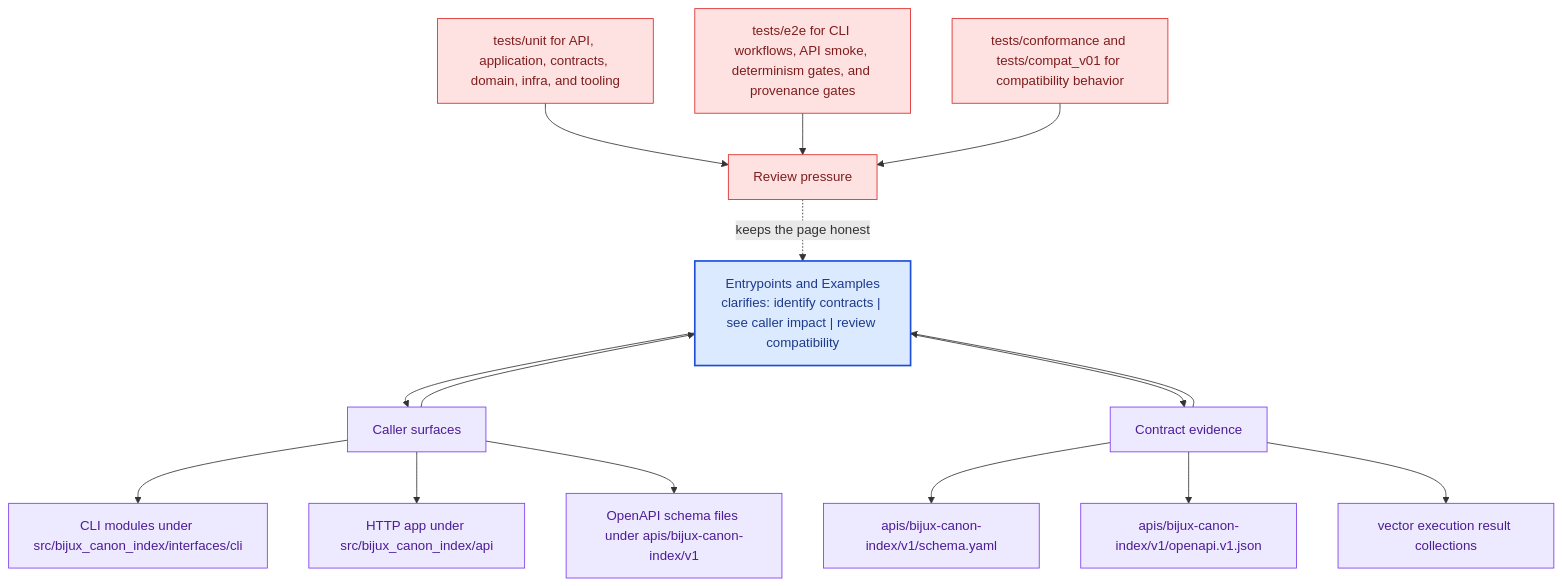
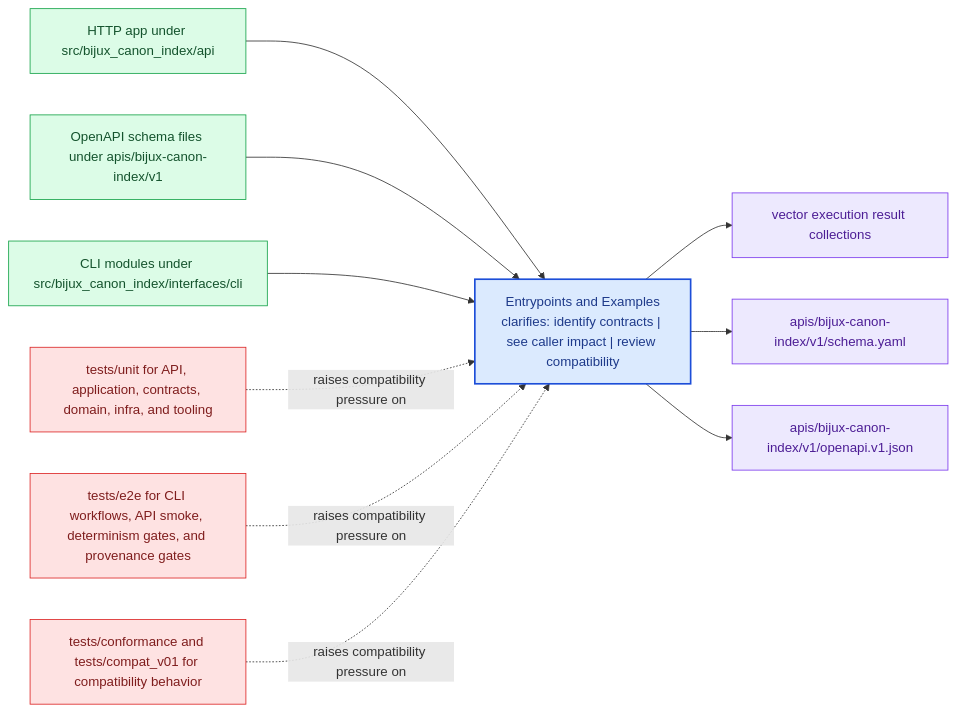
Before and after one commit to bijux/bijux-canon: the diagram in docs/bijux-canon-index/interfaces/entrypoints-and-examples.md, drawn with Mermaid. The commit also changed other lines of this file and 281 other files, not shown here.

Commit message:
docs(diagrams): replace repeated mermaid scaffolds with page-specific summaries

````diff
--- a/docs/bijux-canon-index/interfaces/entrypoints-and-examples.md
+++ b/docs/bijux-canon-index/interfaces/entrypoints-and-examples.md
@@ -67,41 +22,31 @@
 ```mermaid
-flowchart TB
-    promise["Entrypoints and Examples<br/>clarifies: identify contracts | see caller impact | review compatibility"]
-    classDef promise fill:#dbeafe,stroke:#1d4ed8,color:#1e3a8a,stroke-width:2px;
-    classDef driver fill:#dcfce7,stroke:#16a34a,color:#14532d;
-    classDef constraint fill:#fee2e2,stroke:#dc2626,color:#7f1d1d;
-    classDef ground fill:#ede9fe,stroke:#7c3aed,color:#4c1d95;
-    focus1["Caller surfaces"]
-    focus1 --> promise
-    promise --> focus1
-    focus1_1["CLI modules under src/bijux_canon_index/interfaces/cli"]
-    focus1 --> focus1_1
-    focus1_2["HTTP app under src/bijux_canon_index/api"]
-    focus1 --> focus1_2
-    focus1_3["OpenAPI schema files under apis/bijux-canon-index/v1"]
-    focus1 --> focus1_3
-    class focus1 ground;
-    class focus1_1,focus1_2,focus1_3 ground;
-    focus2["Contract evidence"]
-    focus2 --> promise
-    promise --> focus2
-    focus2_1["apis/bijux-canon-index/v1/schema.yaml"]
-    focus2 --> focus2_1
-    focus2_2["apis/bijux-canon-index/v1/openapi.v1.json"]
-    focus2 --> focus2_2
-    focus2_3["vector execution result collections"]
-    focus2 --> focus2_3
-    class focus2 ground;
-    class focus2_1,focus2_2,focus2_3 ground;
-    focus3["Review pressure"]
-    focus3 -.keeps the page honest.-> promise
-    focus3_1["tests/unit for API, application, contracts, domain, infra, and tooling"]
-    focus3_1 --> focus3
-    focus3_2["tests/e2e for CLI workflows, API smoke, determinism gates, and provenance gates"]
-    focus3_2 --> focus3
-    focus3_3["tests/conformance and tests/compat_v01 for compatibility behavior"]
-    focus3_3 --> focus3
-    class focus3 constraint;
-    class focus3_1,focus3_2,focus3_3 constraint;
-    class promise promise;
+flowchart LR
+    page["Entrypoints and Examples<br/>clarifies: identify contracts | see caller impact | review compatibility"]
+    classDef page fill:#dbeafe,stroke:#1d4ed8,color:#1e3a8a,stroke-width:2px;
+    classDef positive fill:#dcfce7,stroke:#16a34a,color:#14532d;
+    classDef caution fill:#fee2e2,stroke:#dc2626,color:#7f1d1d;
+    classDef anchor fill:#ede9fe,stroke:#7c3aed,color:#4c1d95;
+    classDef action fill:#fef3c7,stroke:#d97706,color:#7c2d12;
+    surface1["HTTP app under src/bijux_canon_index/api"]
+    surface1 --> page
+    surface2["OpenAPI schema files under apis/bijux-canon-index/v1"]
+    surface2 --> page
+    surface3["CLI modules under src/bijux_canon_index/interfaces/cli"]
+    surface3 --> page
+    proof1["vector execution result collections"]
+    page --> proof1
+    proof2["apis/bijux-canon-index/v1/schema.yaml"]
+    page --> proof2
+    proof3["apis/bijux-canon-index/v1/openapi.v1.json"]
+    page --> proof3
+    review1["tests/unit for API, application, contracts, domain, infra, and tooling"]
+    review1 -.raises compatibility pressure on.-> page
+    review2["tests/e2e for CLI workflows, API smoke, determinism gates, and provenance gates"]
+    review2 -.raises compatibility pressure on.-> page
+    review3["tests/conformance and tests/compat_v01 for compatibility behavior"]
+    review3 -.raises compatibility pressure on.-> page
+    class page page;
+    class surface1,surface2,surface3 positive;
+    class proof1,proof2,proof3 anchor;
+    class review1,review2,review3 caution;
 ```
````
